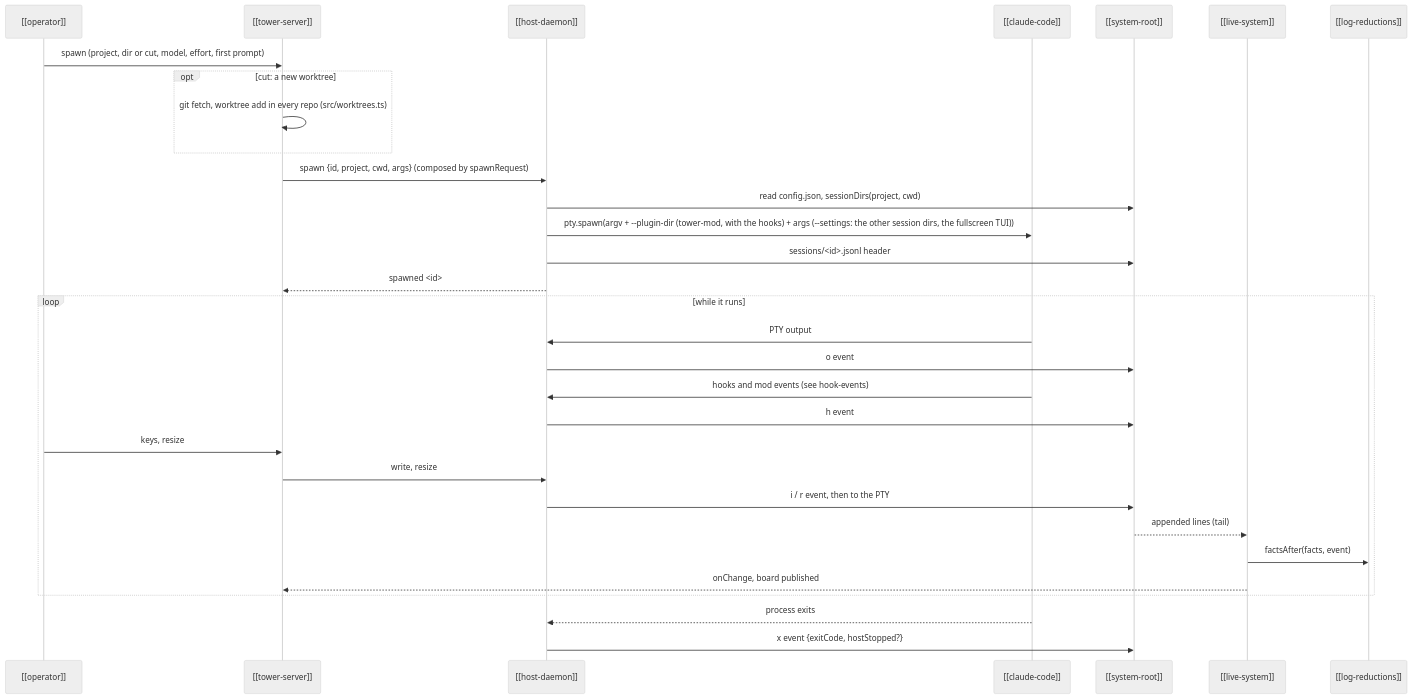
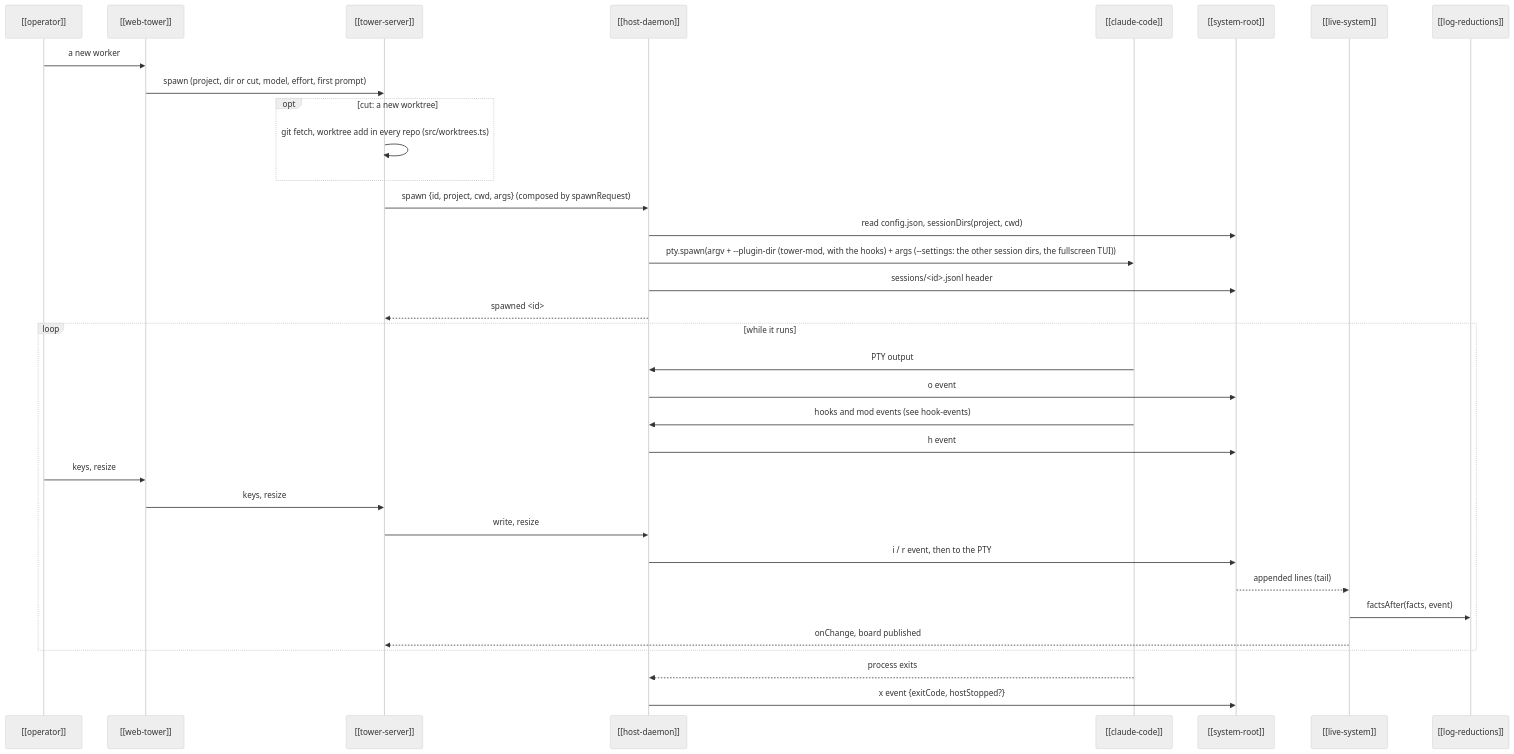
One commit to CarlosBonetti/the-tower changed the diagram in kb/entities/flows/session-lifecycle.md. Above: the diagram before and after it, drawn with Mermaid (neutral theme). The commit also changed other lines of this file and 34 other files, not shown here.

````diff
--- a/kb/entities/flows/session-lifecycle.md
+++ b/kb/entities/flows/session-lifecycle.md
@@ -12,33 +12,36 @@
 ```mermaid
 sequenceDiagram
   participant O as [[operator]]
+  participant P as [[web-tower]]
   participant T as [[tower-server]]
   participant H as [[host-daemon]]
   participant C as [[claude-code]]
   participant R as [[system-root]]
   participant L as [[live-system]]
   participant F as [[log-reductions]]
-  O->>T: spawn (project, dir or cut, model, effort, first prompt)
+  O->>P: a new worker
+  P->>T: spawn (project, dir or cut, model, effort, first prompt)
   opt cut: a new worktree
     T->>T: git fetch, worktree add in every repo (src/worktrees.ts)
   end
   T->>H: spawn {id, project, cwd, args} (composed by spawnRequest)
   H->>R: read config.json, sessionDirs(project, cwd)
   H->>C: pty.spawn(argv + --plugin-dir (tower-mod, with the hooks) + args (--settings: the other session dirs, the fullscreen TUI))
   H->>R: sessions/<id>.jsonl header
   H-->>T: spawned <id>
   loop while it runs
     C->>H: PTY output
     H->>R: o event
     C->>H: hooks and mod events (see hook-events)
     H->>R: h event
-    O->>T: keys, resize
+    O->>P: keys, resize
+    P->>T: keys, resize
     T->>H: write, resize
     H->>R: i / r event, then to the PTY
     R-->>L: appended lines (tail)
     L->>F: factsAfter(facts, event)
     L-->>T: onChange, board published
   end
   C-->>H: process exits
   H->>R: x event {exitCode, hostStopped?}
 ```
````
